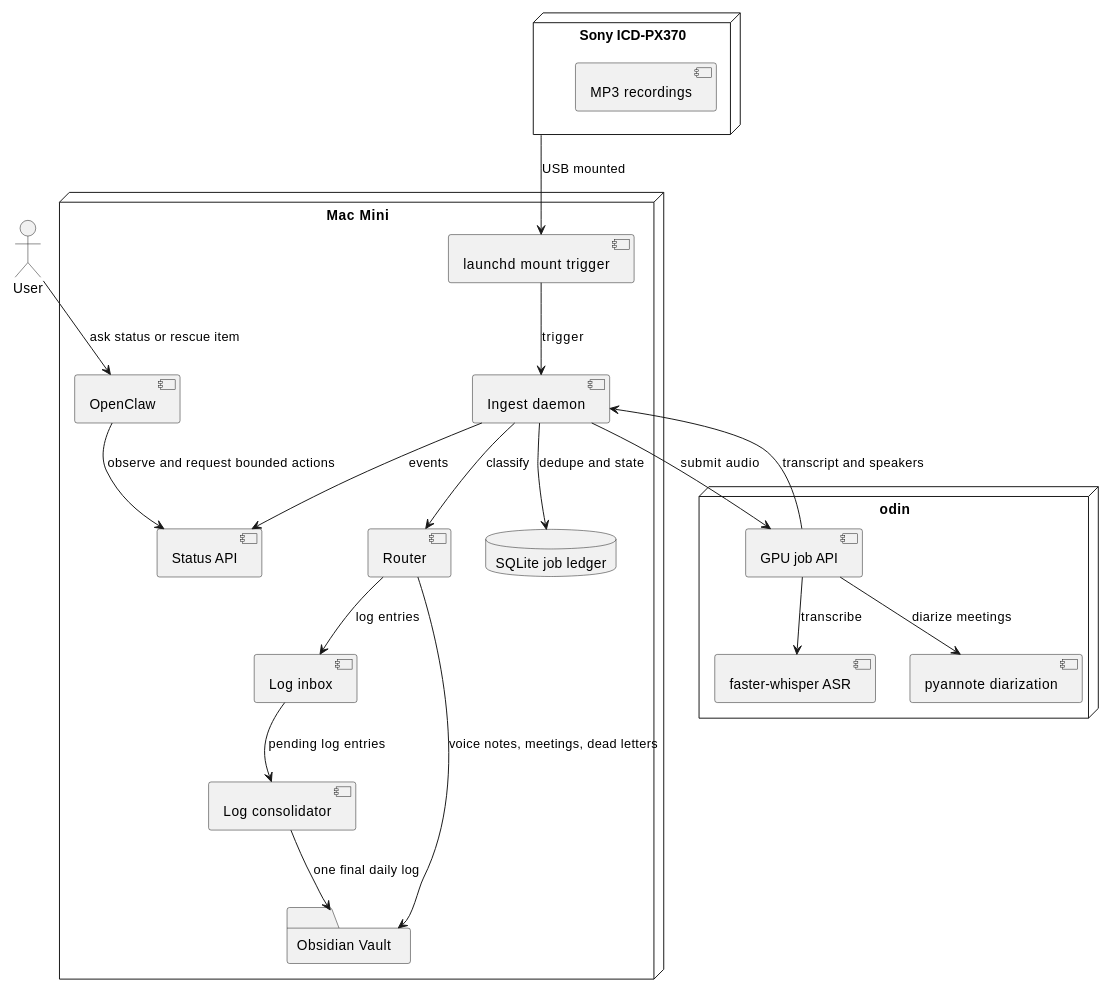
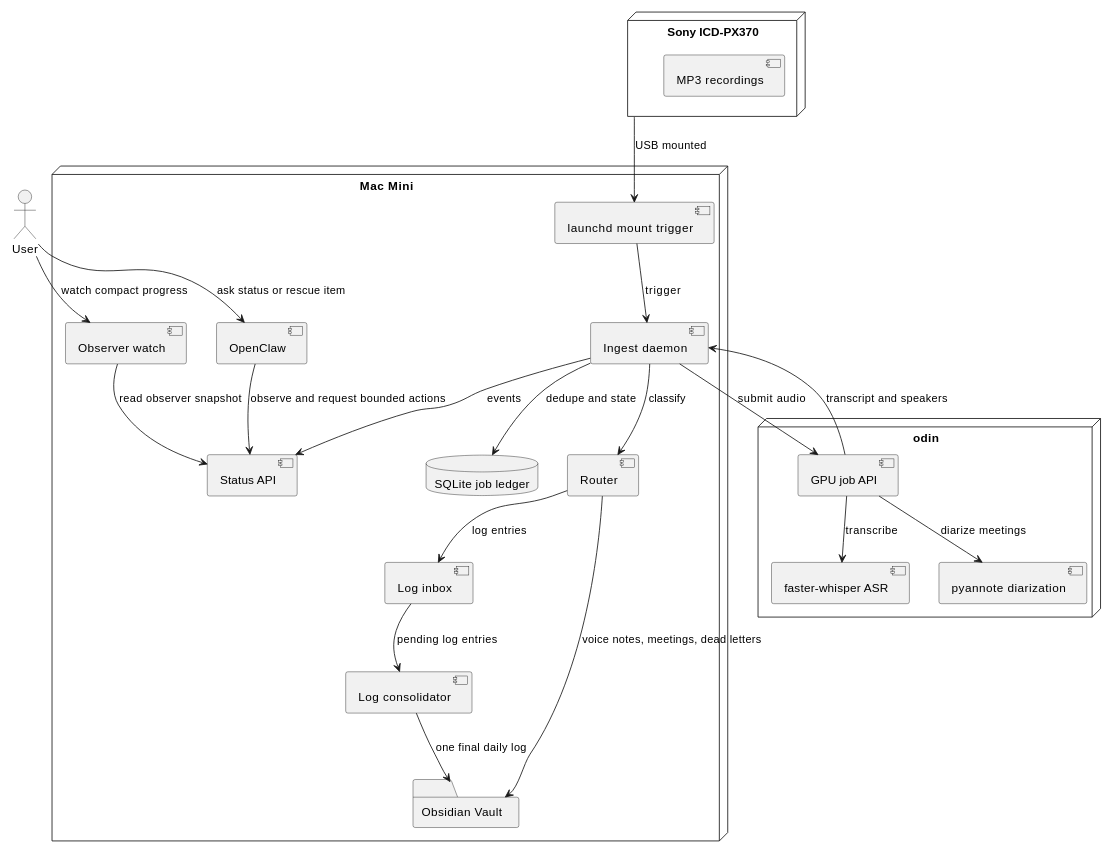
Before and after one commit to bprager/logbook: the diagram in docs/PRD.md, drawn with PlantUML. The commit also changed other lines of this file and 45 other files, not shown here.

````diff
--- a/docs/PRD.md
+++ b/docs/PRD.md
@@ -124,46 +126,49 @@
 ```plantuml
 @startuml
 scale max 900 width
 
 actor User
 
 node "Sony ICD-PX370" as Sony {
   component "MP3 recordings"
 }
 
 node "Mac Mini" as Mac {
   component "launchd mount trigger" as Launchd
   component "Ingest daemon" as Ingest
   database "SQLite job ledger" as DB
   component "Router" as Router
   component "Log inbox" as LogInbox
   component "Log consolidator" as Consolidator
   folder "Obsidian Vault" as Vault
   component "Status API" as Status
+  component "Observer watch" as Observer
   component "OpenClaw" as OpenClaw
 }
 
 node "odin" as Odin {
   component "faster-whisper ASR" as ASR
   component "pyannote diarization" as Diarization
   component "GPU job API" as JobAPI
 }
 
 Sony --> Launchd : USB mounted
 Launchd --> Ingest : trigger
 Ingest --> DB : dedupe and state
 Ingest --> JobAPI : submit audio
 JobAPI --> ASR : transcribe
 JobAPI --> Diarization : diarize meetings
 JobAPI --> Ingest : transcript and speakers
 Ingest --> Router : classify
 Router --> LogInbox : log entries
 Router --> Vault : voice notes, meetings, dead letters
 LogInbox --> Consolidator : pending log entries
 Consolidator --> Vault : one final daily log
 Ingest --> Status : events
+Observer --> Status : read observer snapshot
 OpenClaw --> Status : observe and request bounded actions
 User --> OpenClaw : ask status or rescue item
+User --> Observer : watch compact progress
 
 @enduml
 ```
````
